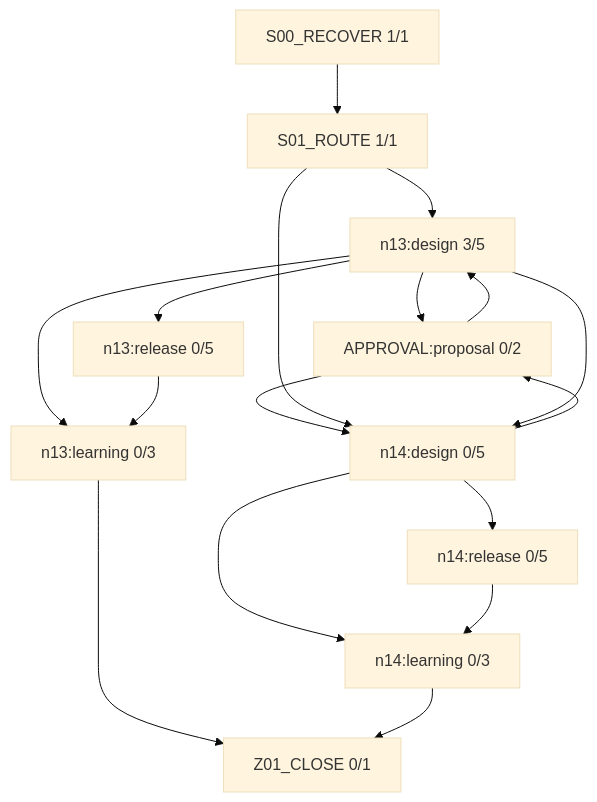
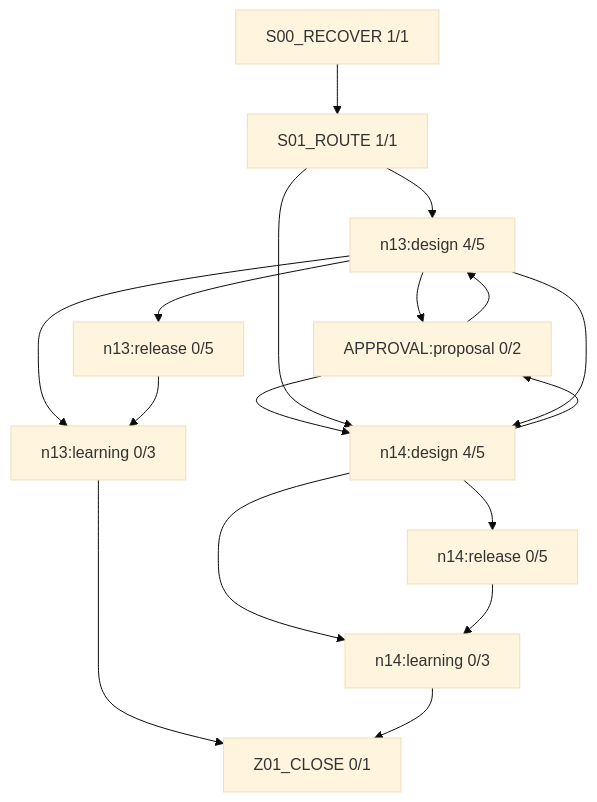
The diagram in work/items/W-MATH-048-n1314-source-audit/generated/FIRE_DIAGRAM.md (rrikunagasige-dot/kyotsu-step-web), drawn with Mermaid (base theme) before and after one commit. The commit also changed other lines of this file and 471 other files, not shown here.

````diff
--- a/work/items/W-MATH-048-n1314-source-audit/generated/FIRE_DIAGRAM.md
+++ b/work/items/W-MATH-048-n1314-source-audit/generated/FIRE_DIAGRAM.md
@@ -5,29 +5,29 @@
 ```mermaid
 flowchart TD
   N0["S00_RECOVER 1/1"]
   N1["S01_ROUTE 1/1"]
-  N2["n13:design 3/5"]
+  N2["n13:design 4/5"]
   N3["APPROVAL:proposal 0/2"]
   N4["n13:release 0/5"]
-  N5["n14:design 0/5"]
+  N5["n14:design 4/5"]
   N6["n14:release 0/5"]
   N7["n13:learning 0/3"]
   N8["n14:learning 0/3"]
   N9["Z01_CLOSE 0/1"]
   N3 --> N2
   N3 --> N5
   N0 --> N1
   N1 --> N2
   N1 --> N5
   N2 --> N3
   N2 --> N7
   N2 --> N4
   N2 --> N5
   N7 --> N9
   N4 --> N7
   N5 --> N3
   N5 --> N8
   N5 --> N6
   N8 --> N9
   N6 --> N8
 ```
````
